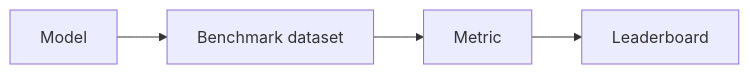
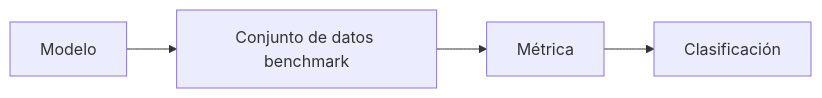
The diagram in i18n/es/docusaurus-plugin-content-docs/current/benchmarks/index.md (EmersonBraun/ai-summary-hub), drawn with Mermaid before and after one commit. The commit also changed other lines of this file and 230 other files, not shown here.

````diff
--- a/i18n/es/docusaurus-plugin-content-docs/current/benchmarks/index.md
+++ b/i18n/es/docusaurus-plugin-content-docs/current/benchmarks/index.md
@@ -17,6 +19,6 @@
 ```mermaid
 flowchart LR
-  Model[Model] --> Benchmark[Benchmark dataset]
-  Benchmark --> Metric[Metric]
-  Metric --> Leaderboard[Leaderboard]
+  Model[Modelo] --> Benchmark[Conjunto de datos benchmark]
+  Benchmark --> Metric[Métrica]
+  Metric --> Leaderboard[Clasificación]
 ```
````
